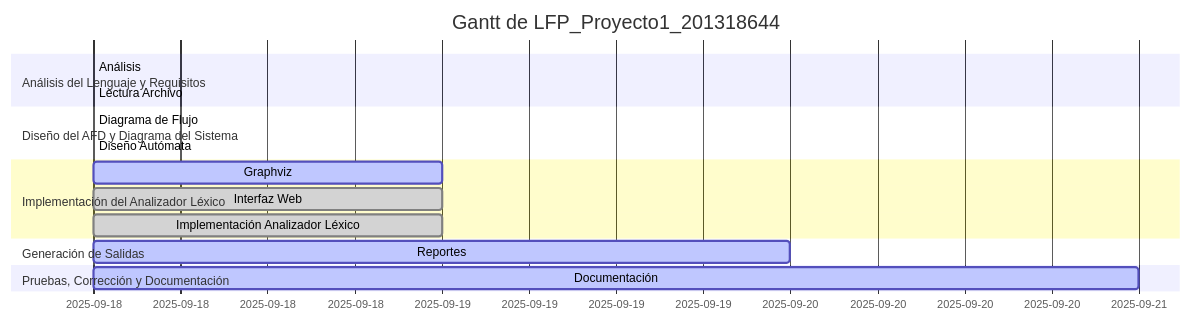
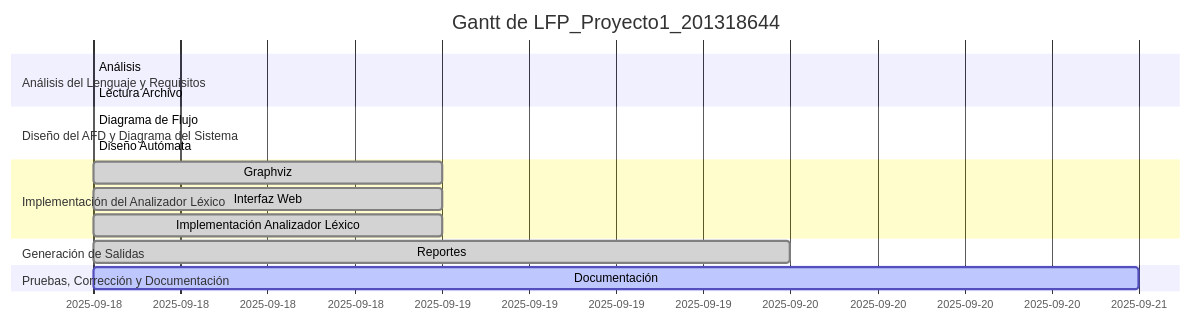
The diagram in docs/gantt.md (MynorCifuentes/TourneyJS), drawn with Mermaid before and after one commit.

Commit message:
Actualiza diagrama de Gantt automático

````diff
--- a/docs/gantt.md
+++ b/docs/gantt.md
@@ -1,20 +1,20 @@
 ```mermaid
 gantt
     dateFormat  YYYY-MM-DD
     title Gantt de LFP_Proyecto1_201318644
     excludes    weekends
     section Análisis del Lenguaje y Requisitos
     Análisis :done, 2, 2025-09-18, 2025-09-18
     Lectura Archivo :done, 1, 2025-09-18, 2025-09-18
     section Diseño del AFD y Diagrama del Sistema
     Diagrama de Flujo :active, 4, 2025-09-18, 2025-09-18
     Diseño Autómata :done, 3, 2025-09-18, 2025-09-18
     section Implementación del Analizador Léxico
-    Graphviz :active, 7, 2025-09-18, 2025-09-19
+    Graphviz :done, 7, 2025-09-18, 2025-09-19
     Interfaz Web :done, 6, 2025-09-18, 2025-09-19
     Implementación Analizador Léxico :done, 5, 2025-09-18, 2025-09-19
     section Generación de Salidas
-    Reportes :active, 8, 2025-09-18, 2025-09-20
+    Reportes :done, 8, 2025-09-18, 2025-09-20
     section Pruebas, Corrección y Documentación
     Documentación :active, 9, 2025-09-18, 2025-09-21
 ```
````
